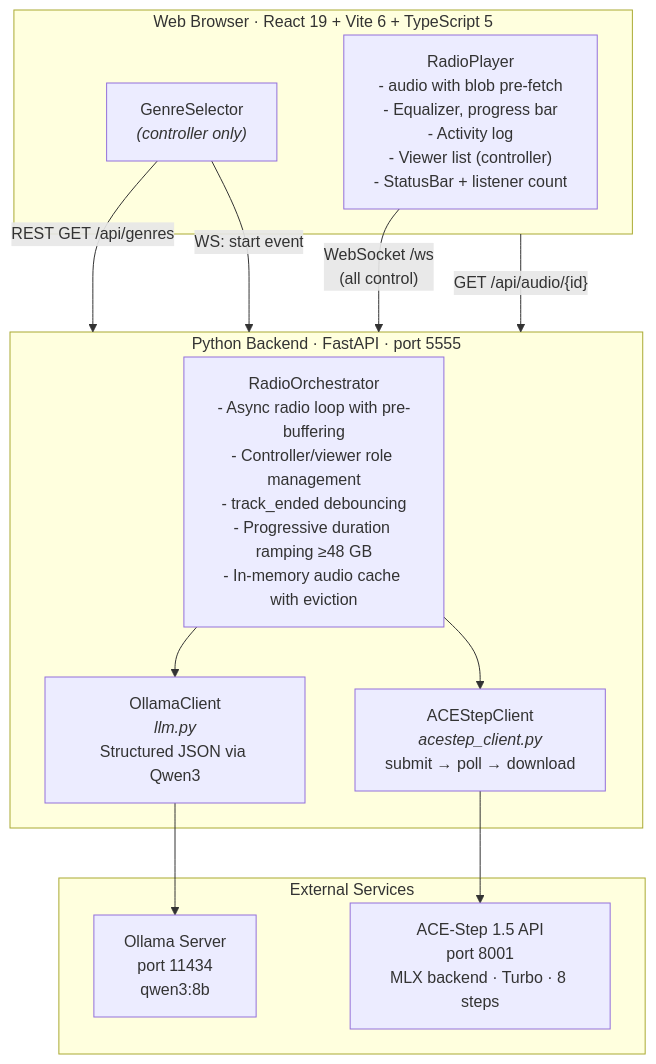
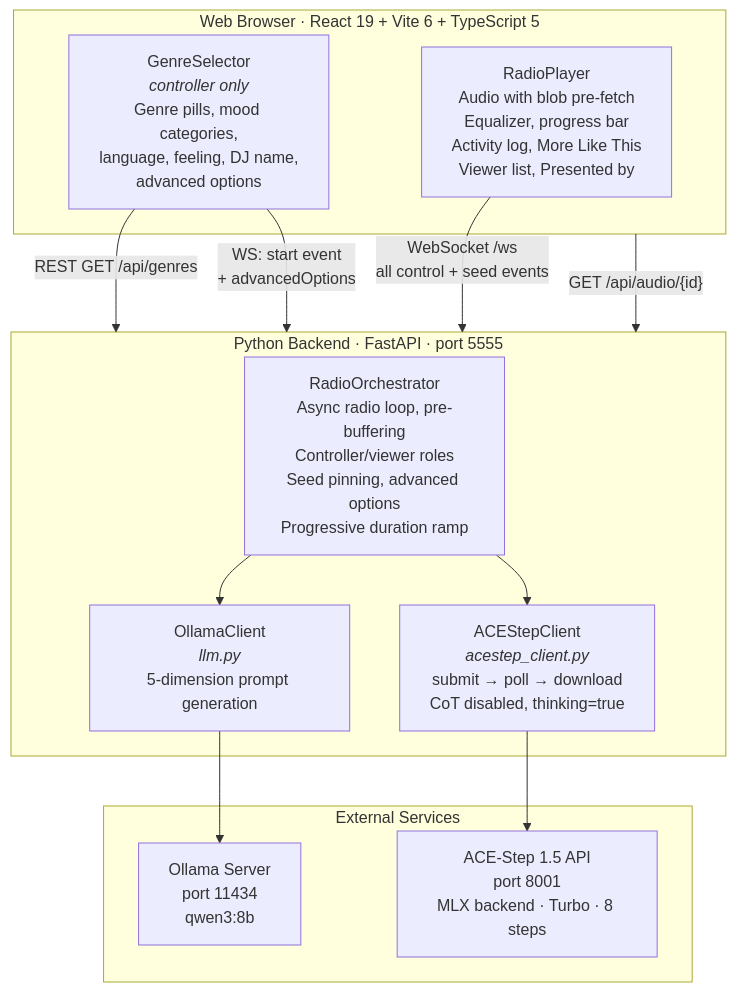
One commit to scramblerlab/generative-radio changed the first of 2 diagrams in BUILD_SPEC.md. Above: the diagram before and after it, drawn with Mermaid. The commit also changed other lines of this file and 2 other files, not shown here.

First line of the commit message:
docs: BUILD_SPEC v2 reflecting all enhancements, update README

````diff
--- a/BUILD_SPEC.md
+++ b/BUILD_SPEC.md
@@ -58,27 +63,27 @@
 ```mermaid
 graph TD
     subgraph Browser["Web Browser · React 19 + Vite 6 + TypeScript 5"]
-        GS["GenreSelector<br/><i>(controller only)</i>"]
-        RP["RadioPlayer<br/>- audio with blob pre-fetch<br/>- Equalizer, progress bar<br/>- Activity log<br/>- Viewer list (controller)<br/>- StatusBar + listener count"]
+        GS["GenreSelector<br/><i>controller only</i><br/>Genre pills, mood categories,<br/>language, feeling, DJ name,<br/>advanced options"]
+        RP["RadioPlayer<br/>Audio with blob pre-fetch<br/>Equalizer, progress bar<br/>Activity log, More Like This<br/>Viewer list, Presented by"]
     end
 
     subgraph Backend["Python Backend · FastAPI · port 5555"]
-        RO["RadioOrchestrator<br/>- Async radio loop with pre-buffering<br/>- Controller/viewer role management<br/>- track_ended debouncing<br/>- Progressive duration ramping ≥48 GB<br/>- In-memory audio cache with eviction"]
-        OC["OllamaClient<br/><i>llm.py</i><br/>Structured JSON via Qwen3"]
-        AC["ACEStepClient<br/><i>acestep_client.py</i><br/>submit → poll → download"]
+        RO["RadioOrchestrator<br/>Async radio loop, pre-buffering<br/>Controller/viewer roles<br/>Seed pinning, advanced options<br/>Progressive duration ramp"]
+        OC["OllamaClient<br/><i>llm.py</i><br/>5-dimension prompt generation"]
+        AC["ACEStepClient<br/><i>acestep_client.py</i><br/>submit → poll → download<br/>CoT disabled, thinking=true"]
         RO --> OC
         RO --> AC
     end
 
     subgraph External["External Services"]
         Ollama["Ollama Server<br/>port 11434<br/>qwen3:8b"]
         ACEStep["ACE-Step 1.5 API<br/>port 8001<br/>MLX backend · Turbo · 8 steps"]
     end
 
     GS -- "REST GET /api/genres" --> Backend
-    RP -- "WebSocket /ws<br/>(all control)" --> Backend
-    GS -- "WS: start event" --> Backend
+    RP -- "WebSocket /ws<br/>all control + seed events" --> Backend
+    GS -- "WS: start event<br/>+ advancedOptions" --> Backend
     Browser -- "GET /api/audio/{id}" --> Backend
     OC --> Ollama
     AC --> ACEStep
 ```
````
